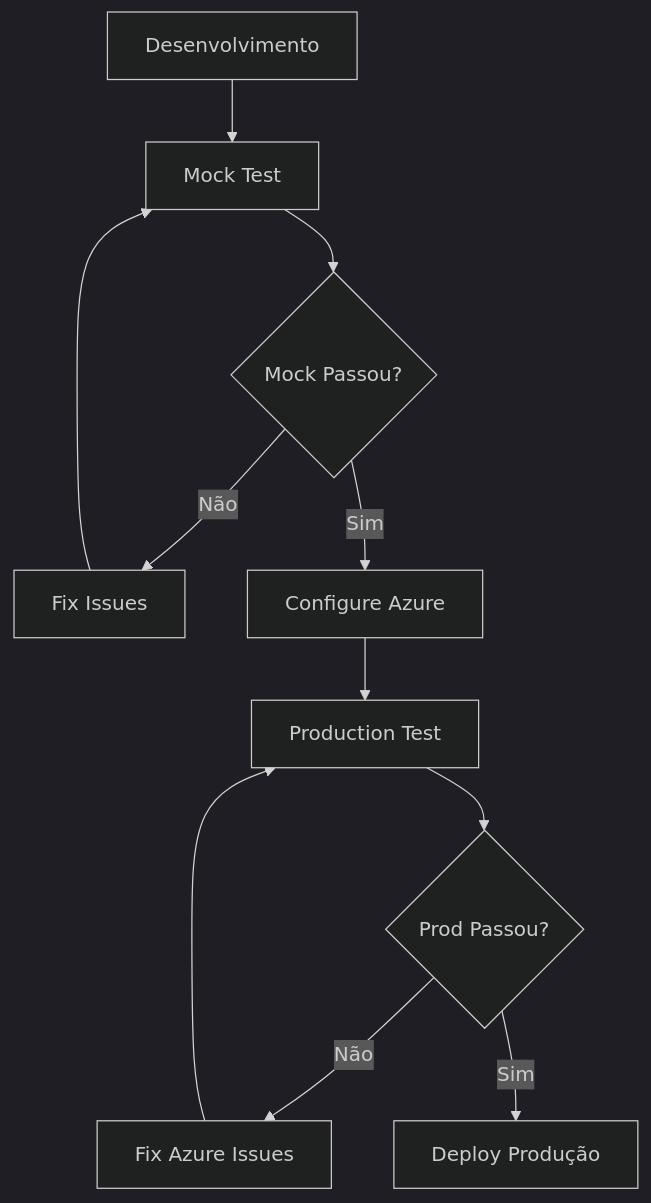
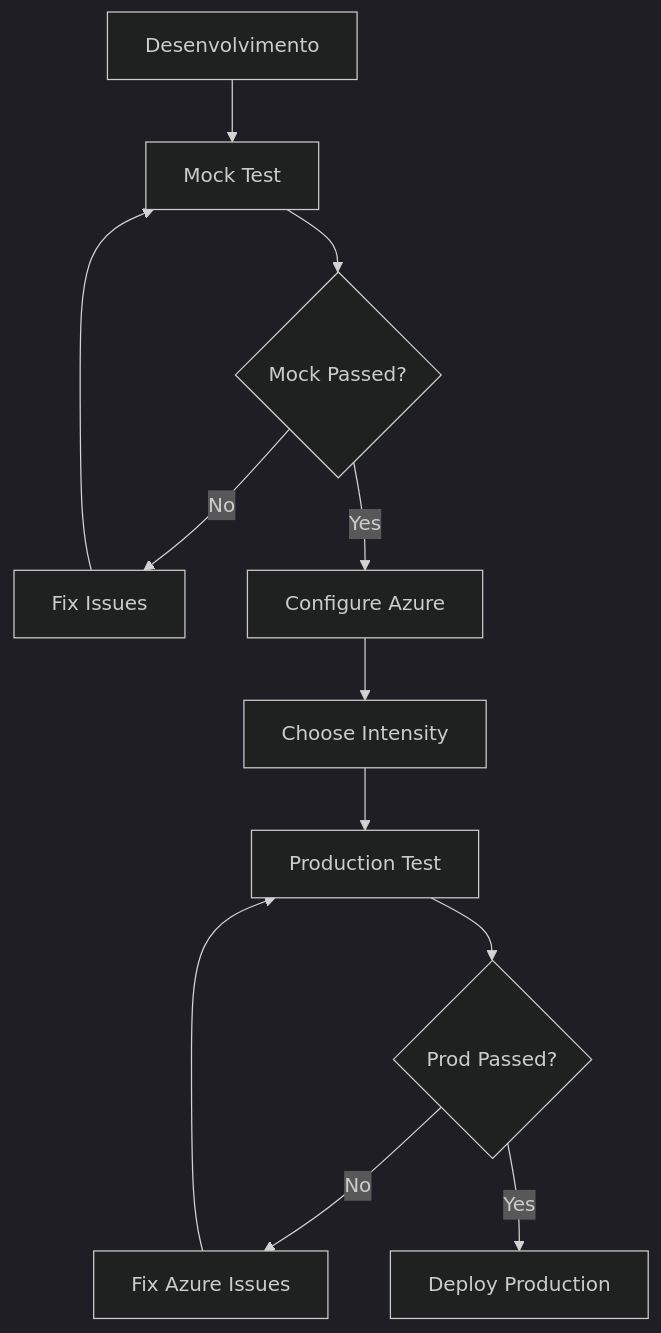
The diagram in FINAL_SUMMARY.md (Guiciani/Red-Team-Agent), drawn with Mermaid (dark theme) before and after one commit. The commit also changed other lines of this file and 2 other files, not shown here.

````diff
--- a/FINAL_SUMMARY.md
+++ b/FINAL_SUMMARY.md
@@ -136,13 +177,14 @@
 ```mermaid
 graph TD
     A[Desenvolvimento] --> B[Mock Test]
-    B --> C{Mock Passou?}
-    C -->|Não| D[Fix Issues]
+    B --> C{Mock Passed?}
+    C -->|No| D[Fix Issues]
     D --> B
-    C -->|Sim| E[Configure Azure]
-    E --> F[Production Test]  
-    F --> G{Prod Passou?}
-    G -->|Não| H[Fix Azure Issues]
-    H --> F
-    G -->|Sim| I[Deploy Produção]
+    C -->|Yes| E[Configure Azure]
+    E --> F[Choose Intensity]
+    F --> G[Production Test]
+    G --> H{Prod Passed?}
+    H -->|No| I[Fix Azure Issues]
+    I --> G
+    H -->|Yes| J[Deploy Production]
 ```
````
